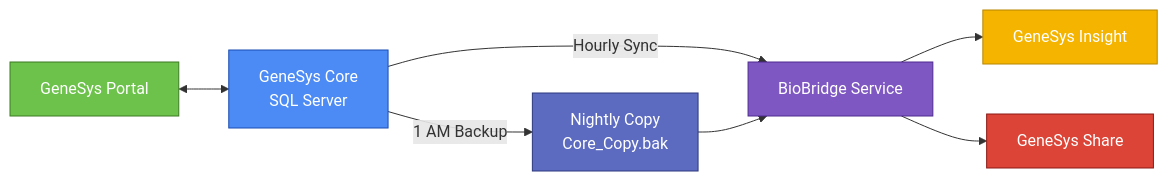
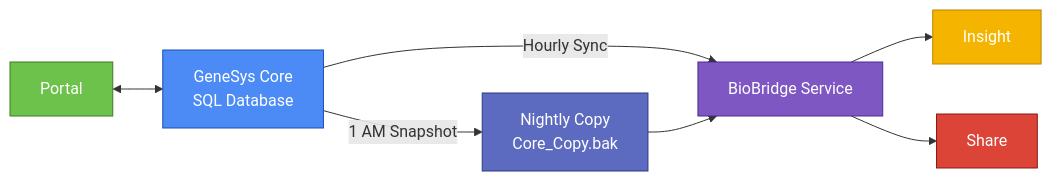
Before and after one commit to HashimZaffar/the-Practical-Test: the first of 2 diagrams in README.md, drawn with Mermaid. The commit also changed other lines of this file, not shown here.

````diff
--- a/README.md
+++ b/README.md
@@ -104,21 +125,20 @@
 ```mermaid
 flowchart LR
-    %% Styling
     classDef core fill:#4c8bf5,stroke:#1b4db3,color:white
     classDef portal fill:#6cc24a,stroke:#3d7b23,color:white
     classDef insight fill:#f4b400,stroke:#b88600,color:white
     classDef share fill:#db4437,stroke:#8b1a15,color:white
     classDef bridge fill:#7e57c2,stroke:#4e2a90,color:white
     classDef copy fill:#5c6bc0,stroke:#2c387e,color:white
 
-    Portal[GeneSys Portal]:::portal
-    Core[GeneSys Core<br/>SQL Server]:::core
-    Insight[GeneSys Insight]:::insight
-    Share[GeneSys Share]:::share
+    Portal[Portal]:::portal
+    Core[GeneSys Core<br/>SQL Database]:::core
+    Insight[Insight]:::insight
+    Share[Share]:::share
     CopyTask[Nightly Copy<br/>Core_Copy.bak]:::copy
     Bridge[BioBridge Service]:::bridge
 
     Portal <--> Core
     Core -->|Hourly Sync| Bridge --> Insight
-    Core -->|1 AM Backup| CopyTask --> Bridge --> Share
+    Core -->|1 AM Snapshot| CopyTask --> Bridge --> Share
 ```
````
